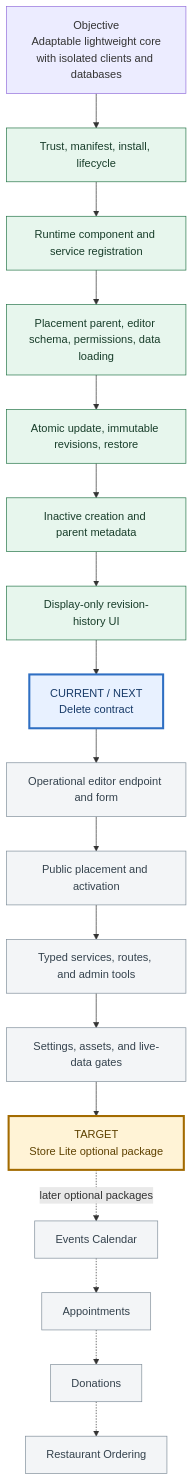
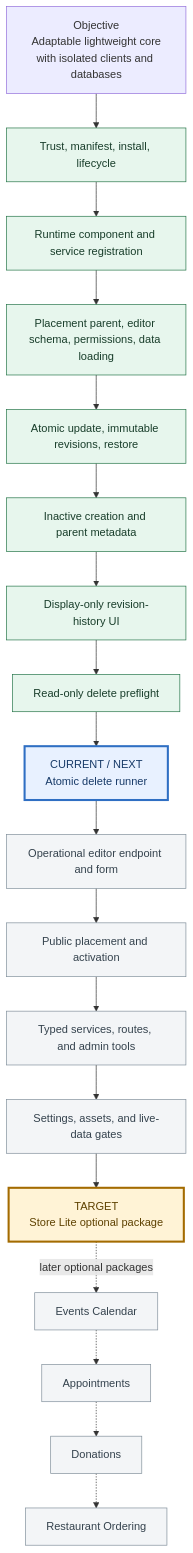
One commit to orojas01-glitch/redcms changed the diagram in docs/ADD-ON-PLATFORM-STATUS.md. Above: the diagram before and after it, drawn with Mermaid. The commit also changed other lines of this file and 11 other files, not shown here.

Commit message:
Add component delete preflight

````diff
--- a/docs/ADD-ON-PLATFORM-STATUS.md
+++ b/docs/ADD-ON-PLATFORM-STATUS.md
@@ -7,29 +7,30 @@
 ```mermaid
 flowchart TD
     O["Objective<br/>Adaptable lightweight core<br/>with isolated clients and databases"]
     O --> F1["Trust, manifest, install, lifecycle"]
     F1 --> F2["Runtime component and service registration"]
     F2 --> F3["Placement parent, editor schema, permissions, data loading"]
     F3 --> F4["Atomic update, immutable revisions, restore"]
     F4 --> F5["Inactive creation and parent metadata"]
     F5 --> F6["Display-only revision-history UI"]
-    F6 --> C["CURRENT / NEXT<br/>Delete contract"]
+    F6 --> F7["Read-only delete preflight"]
+    F7 --> C["CURRENT / NEXT<br/>Atomic delete runner"]
     C --> G2["Operational editor endpoint and form"]
     G2 --> G3["Public placement and activation"]
     G3 --> G4["Typed services, routes, and admin tools"]
     G4 --> G5["Settings, assets, and live-data gates"]
     G5 --> S["TARGET<br/>Store Lite optional package"]
     S -. later optional packages .-> E["Events Calendar"]
     E -.-> A["Appointments"]
     A -.-> D["Donations"]
     D -.-> R["Restaurant Ordering"]
 
     classDef complete fill:#e7f6ed,stroke:#27764a,color:#183d2a;
     classDef current fill:#e8f1ff,stroke:#2f6fc3,color:#173a68,stroke-width:3px;
     classDef remaining fill:#f3f5f7,stroke:#82909c,color:#34424d;
     classDef target fill:#fff3d6,stroke:#a36b00,color:#5e4100,stroke-width:3px;
-    class F1,F2,F3,F4,F5,F6 complete;
+    class F1,F2,F3,F4,F5,F6,F7 complete;
     class C current;
     class G2,G3,G4,G5,E,A,D,R remaining;
     class S target;
 ```
````
